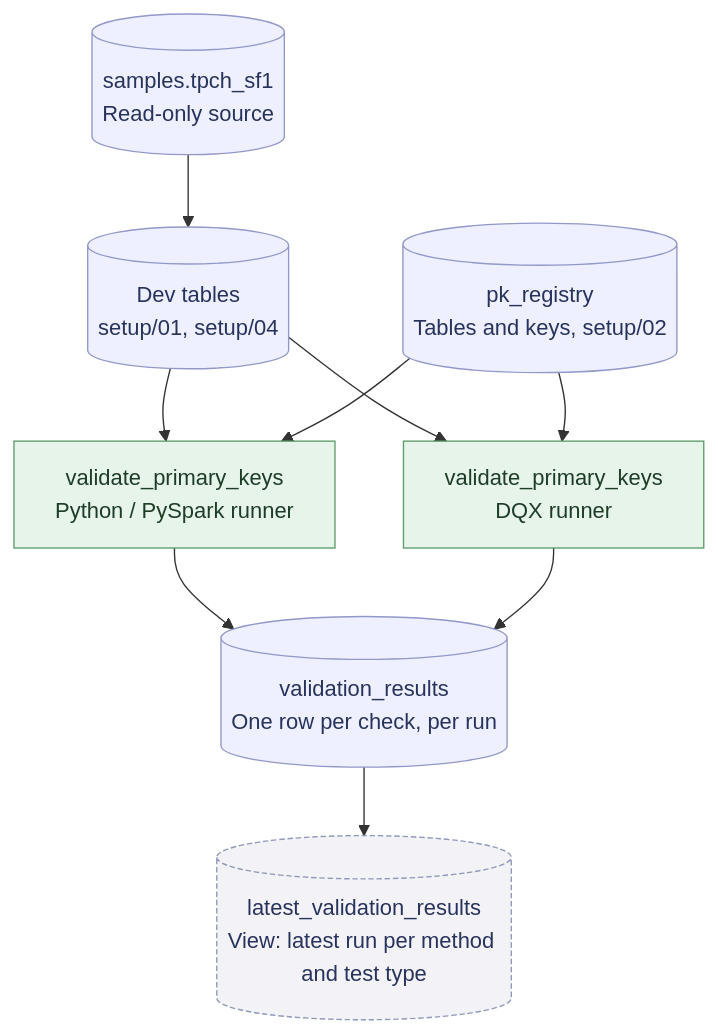
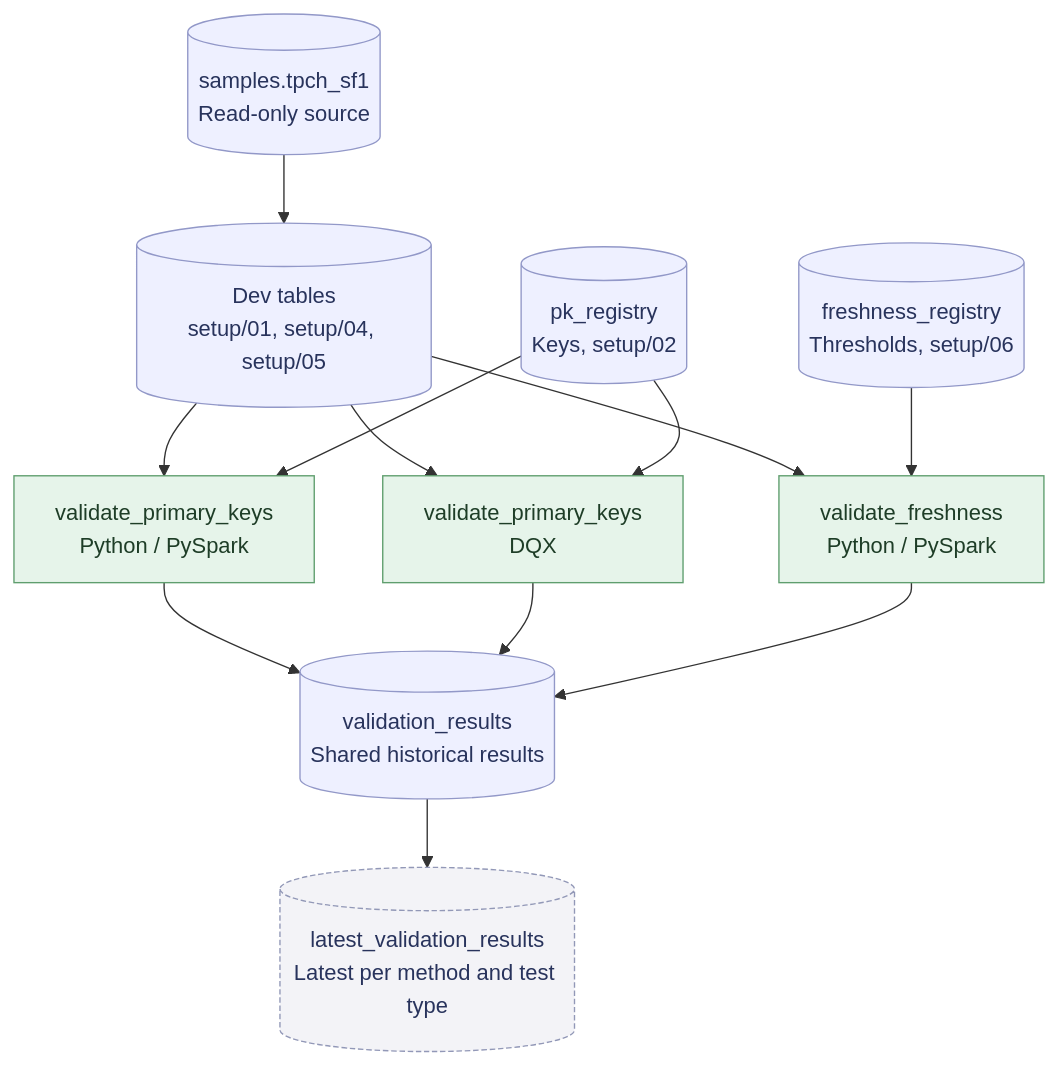
The diagram in README.md (jkimdatadev/metadata-driven-validation-sweep), drawn with Mermaid before and after one commit. The commit also changed other lines of this file and 5 other files, not shown here.

Commit message:
Add metadata-driven freshness validation

````diff
--- a/README.md
+++ b/README.md
@@ -26,27 +32,32 @@
 ```mermaid
 flowchart TD
     A[("samples.tpch_sf1<br/>Read-only source")]
-    B[("Dev tables<br/>setup/01, setup/04")]
-    C[("pk_registry<br/>Tables and keys, setup/02")]
-    D1["validate_primary_keys<br/>Python / PySpark runner"]
-    D2["validate_primary_keys<br/>DQX runner"]
-    E[("validation_results<br/>One row per check, per run")]
-    F[("latest_validation_results<br/>View: latest run per method and test type")]
+    B[("Dev tables<br/>setup/01, setup/04, setup/05")]
+    C[("pk_registry<br/>Keys, setup/02")]
+    G[("freshness_registry<br/>Thresholds, setup/06")]
+    D1["validate_primary_keys<br/>Python / PySpark"]
+    D2["validate_primary_keys<br/>DQX"]
+    D3["validate_freshness<br/>Python / PySpark"]
+    E[("validation_results<br/>Shared historical results")]
+    F[("latest_validation_results<br/>Latest per method and test type")]
 
     A --> B
     B --> D1
+    B --> D2
+    B --> D3
     C --> D1
-    B --> D2
     C --> D2
+    G --> D3
     D1 --> E
     D2 --> E
+    D3 --> E
     E --> F
 
     classDef data fill:#eef0ff,stroke:#9298c8,color:#28335c
     classDef process fill:#e6f4ea,stroke:#5f9e6e,color:#1e3d27
     classDef view fill:#f3f3f7,stroke:#9298b7,color:#28335c,stroke-dasharray:4 2
 
-    class A,B,C,E data
-    class D1,D2 process
+    class A,B,C,G,E data
+    class D1,D2,D3 process
     class F view
 ```
````
